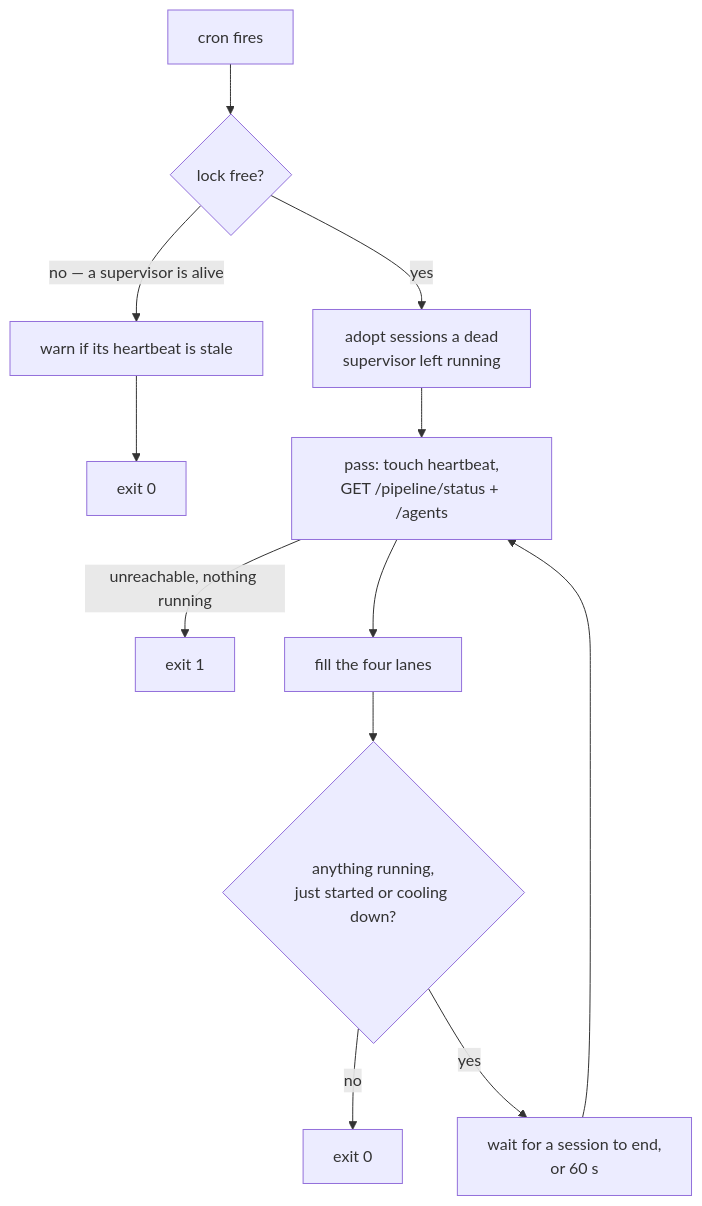
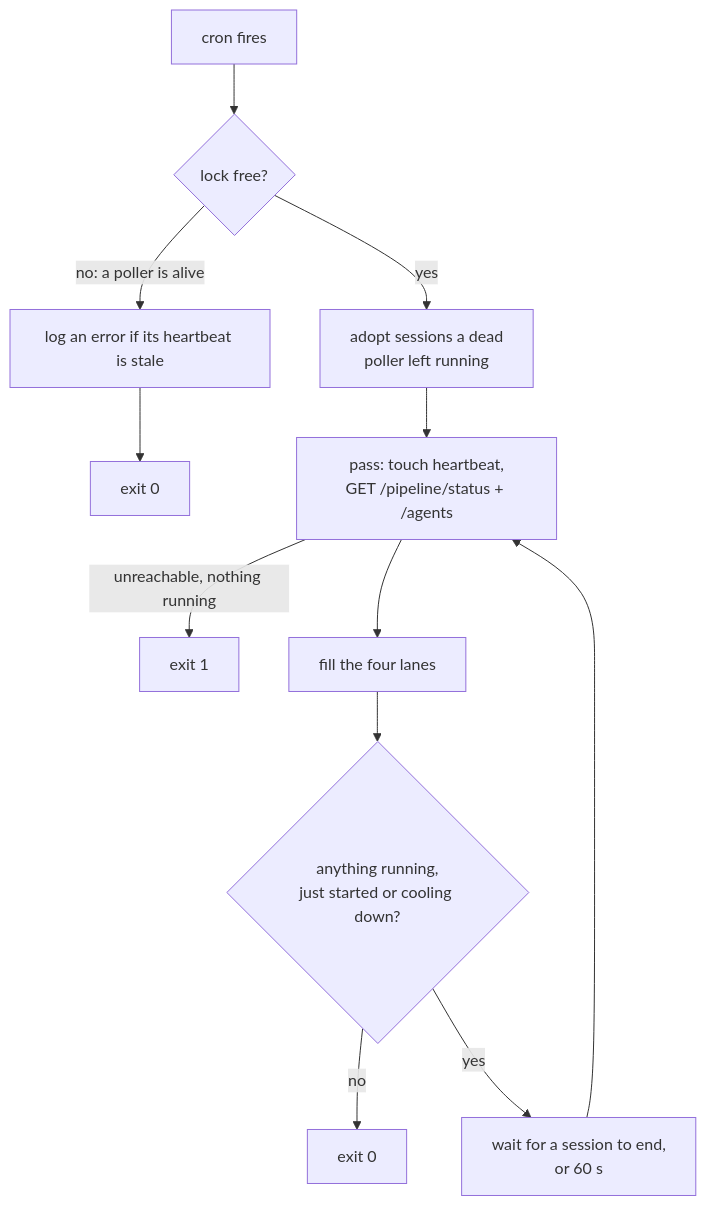
The diagram in docs/developer/13-the-poller.md (teja156/tubematic), drawn with Mermaid before and after one commit. The commit also changed other lines of this file and 25 other files, not shown here.

````diff
--- a/docs/developer/13-the-poller.md
+++ b/docs/developer/13-the-poller.md
@@ -72,12 +51,12 @@
 ```mermaid
 flowchart TD
     A[cron fires] --> L{lock free?}
-    L -->|"no — a supervisor is alive"| HB[warn if its heartbeat is stale] --> X0[exit 0]
-    L -->|yes| AD[adopt sessions a dead<br/>supervisor left running]
+    L -->|"no: a poller is alive"| HB[log an error if its heartbeat is stale] --> X0[exit 0]
+    L -->|yes| AD[adopt sessions a dead<br/>poller left running]
     AD --> P1[pass: touch heartbeat,<br/>GET /pipeline/status + /agents]
     P1 -->|unreachable, nothing running| X1[exit 1]
     P1 --> LN[fill the four lanes]
     LN --> I{anything running,<br/>just started or cooling down?}
     I -->|no| E[exit 0]
     I -->|yes| WT["wait for a session to end,<br/>or 60 s"] --> P1
 ```
````
